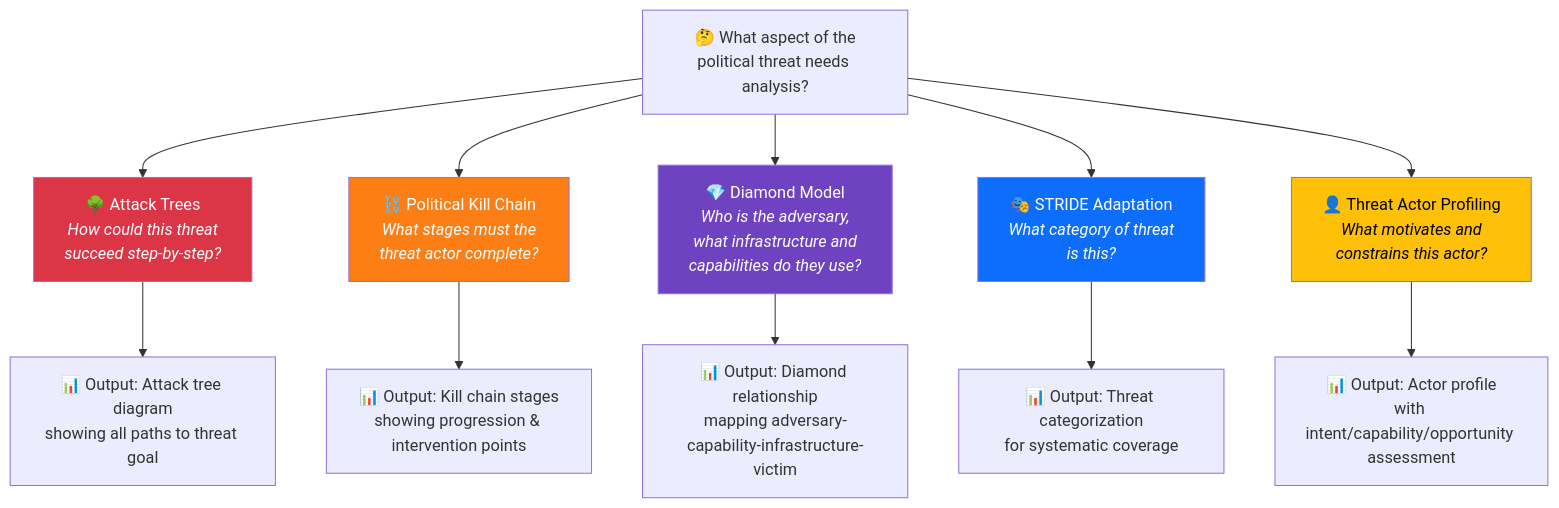
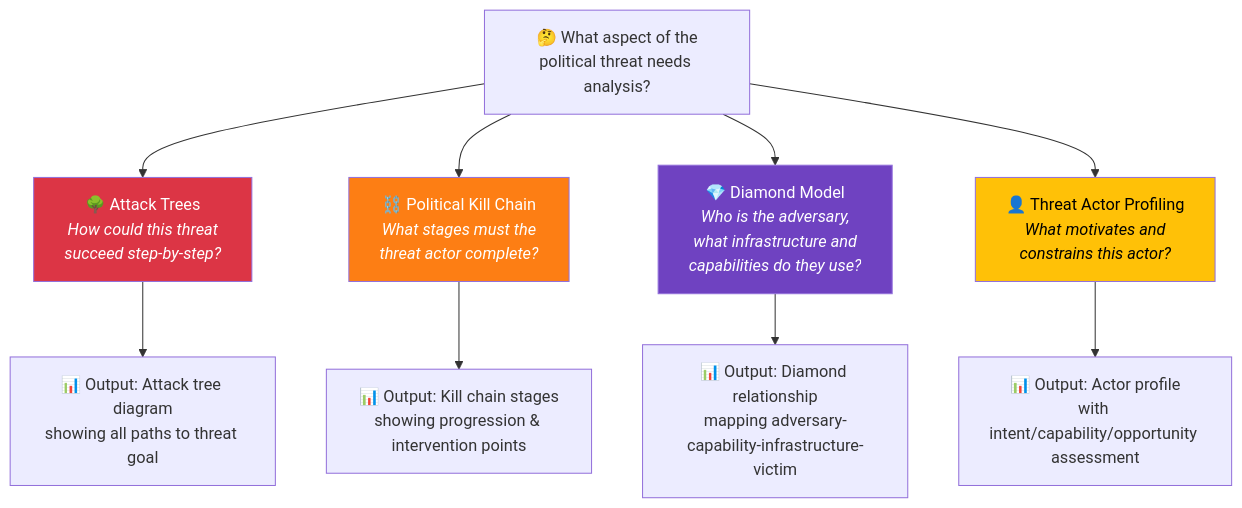
Before and after one commit to Hack23/riksdagsmonitor: the first of 9 diagrams in analysis/methodologies/political-threat-framework.md, drawn with Mermaid. The commit also changed other lines of this file and 5 other files, not shown here.

First line of the commit message:
Remove ALL STRIDE/PRIDES references — replace with Political Threat Taxonomy in methodologies, templates, and prompts

````diff
--- a/analysis/methodologies/political-threat-framework.md
+++ b/analysis/methodologies/political-threat-framework.md
@@ -37,21 +39,18 @@
 ```mermaid
 flowchart TD
     Q["🤔 What aspect of the<br/>political threat needs analysis?"]
     Q --> A["🌳 Attack Trees<br/><em>How could this threat<br/>succeed step-by-step?</em>"]
     Q --> B["⛓️ Political Kill Chain<br/><em>What stages must the<br/>threat actor complete?</em>"]
     Q --> C["💎 Diamond Model<br/><em>Who is the adversary,<br/>what infrastructure and<br/>capabilities do they use?</em>"]
-    Q --> D["🎭 STRIDE Adaptation<br/><em>What category of threat<br/>is this?</em>"]
     Q --> E["👤 Threat Actor Profiling<br/><em>What motivates and<br/>constrains this actor?</em>"]
 
     A --> F["📊 Output: Attack tree diagram<br/>showing all paths to threat goal"]
     B --> G["📊 Output: Kill chain stages<br/>showing progression & intervention points"]
     C --> H["📊 Output: Diamond relationship<br/>mapping adversary-capability-infrastructure-victim"]
-    D --> I["📊 Output: Threat categorization<br/>for systematic coverage"]
     E --> J["📊 Output: Actor profile<br/>with intent/capability/opportunity assessment"]
 
     style A fill:#dc3545,color:#fff
     style B fill:#fd7e14,color:#fff
     style C fill:#6f42c1,color:#fff
-    style D fill:#0d6efd,color:#fff
     style E fill:#ffc107,color:#000
 ```
````
